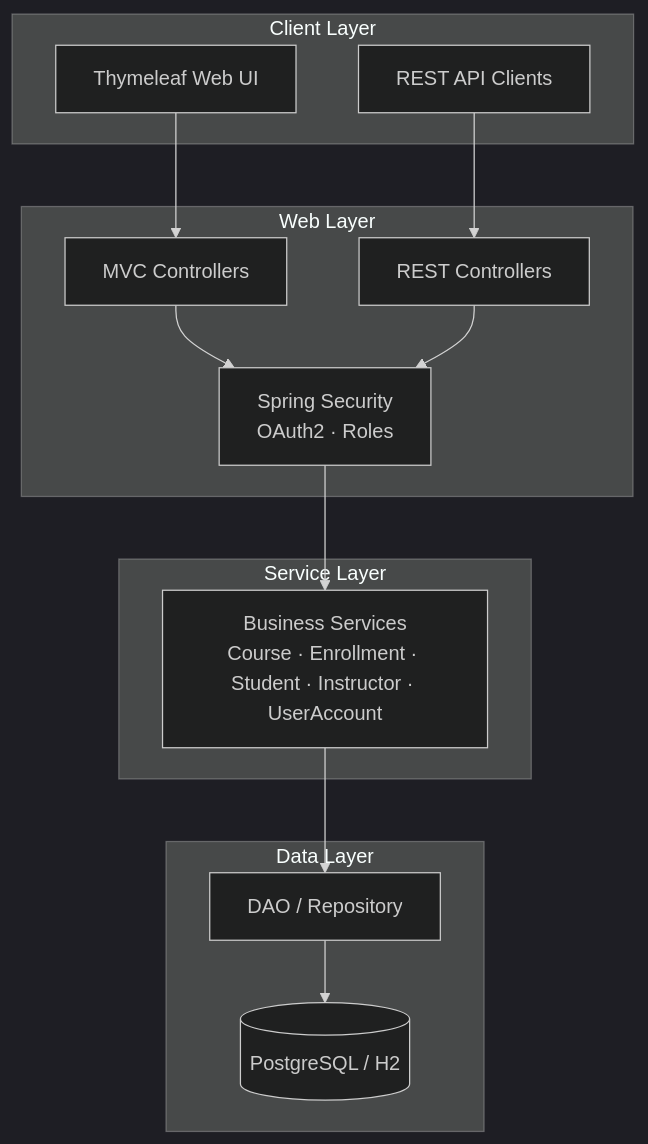
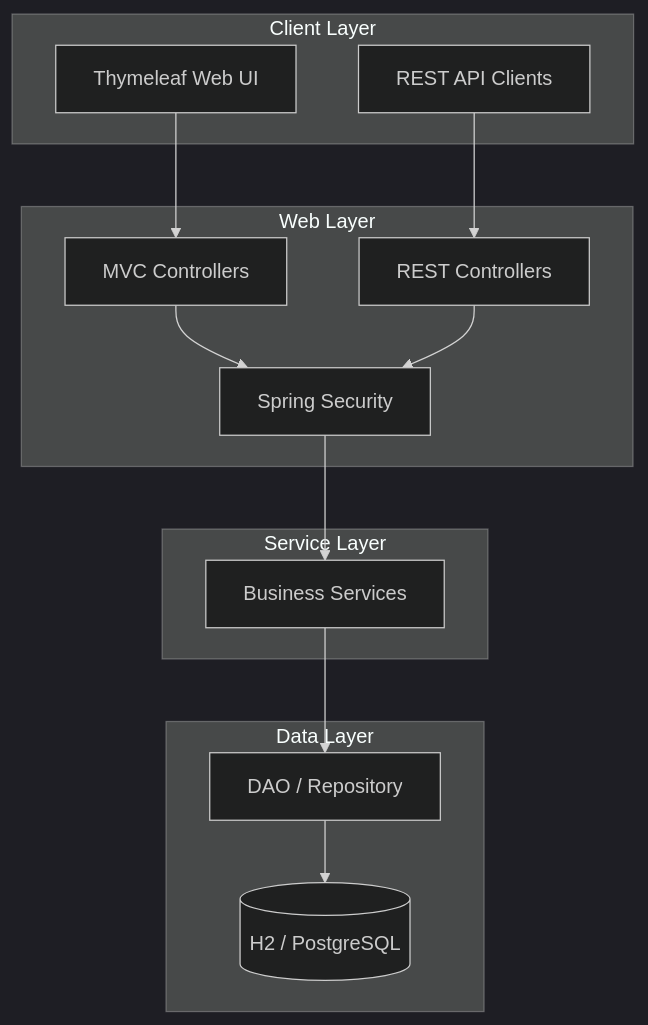
Before and after one commit to karsayli/course-enrollment-system: the diagram in README.md, drawn with Mermaid (dark theme). The commit also changed other lines of this file and 1 other file, not shown here.

````diff
--- a/README.md
+++ b/README.md
@@ -23,30 +126,30 @@
 ```mermaid
 flowchart TB
-    subgraph ClientLayer["Client Layer"]
-        UI[Thymeleaf Web UI]
-        APIClient[REST API Clients]
+    subgraph Client["Client Layer"]
+        WebUI["Thymeleaf Web UI"]
+        ApiClient["REST API Clients"]
     end
 
-    subgraph WebLayer["Web Layer"]
-        MVC[MVC Controllers]
-        RESTCtrl[REST Controllers]
-        SEC[Spring Security<br/>OAuth2 · Roles]
+    subgraph Web["Web Layer"]
+        MvcControllers["MVC Controllers"]
+        RestControllers["REST Controllers"]
+        Security["Spring Security"]
     end
 
-    subgraph ServiceLayer["Service Layer"]
-        SVC[Business Services<br/>Course · Enrollment · Student · Instructor · UserAccount]
+    subgraph Business["Service Layer"]
+        Services["Business Services"]
     end
 
-    subgraph DataLayer["Data Layer"]
-        DAO[DAO / Repository]
-        DB[(PostgreSQL / H2)]
+    subgraph Data["Data Layer"]
+        Dao["DAO / Repository"]
+        Database[("H2 / PostgreSQL")]
     end
 
-    UI --> MVC
-    APIClient --> RESTCtrl
-    MVC --> SEC
-    RESTCtrl --> SEC
-    SEC --> SVC
-    SVC --> DAO
-    DAO --> DB
+    WebUI --> MvcControllers
+    ApiClient --> RestControllers
+    MvcControllers --> Security
+    RestControllers --> Security
+    Security --> Services
+    Services --> Dao
+    Dao --> Database
 ```
````
